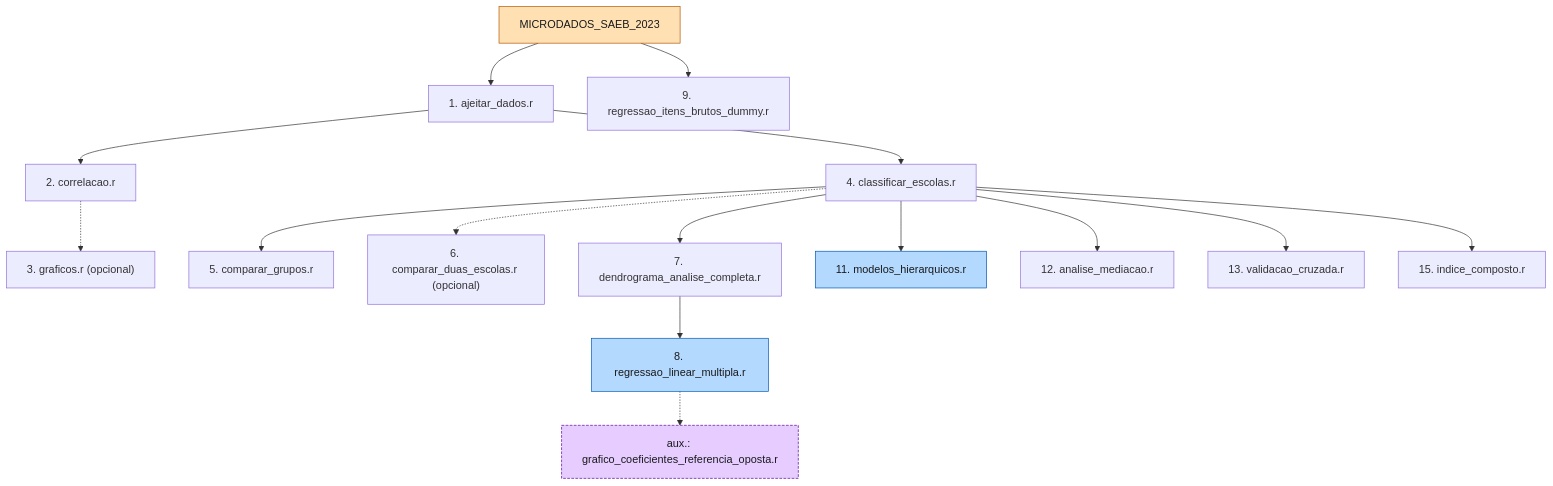
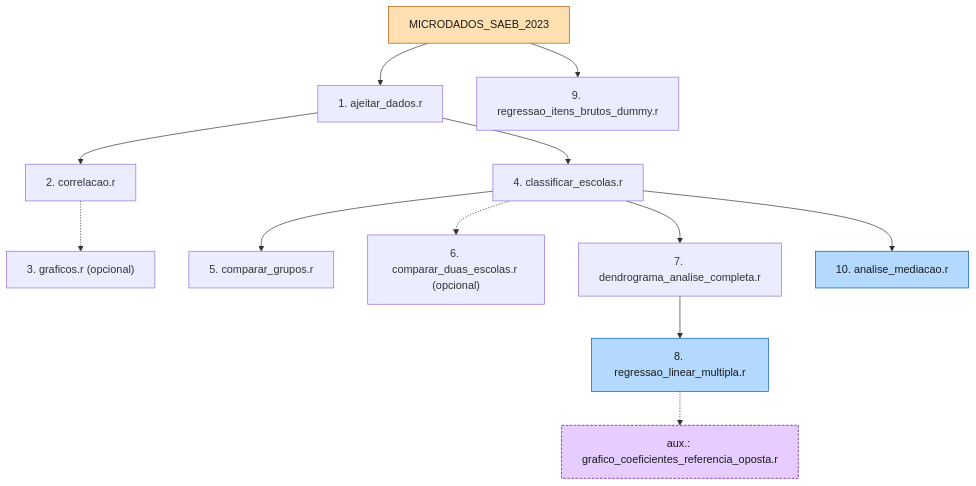
The diagram in README.md (lcaruzo007/tcc), drawn with Mermaid before and after one commit. The commit also changed other lines of this file and 32 other files, not shown here.

````diff
--- a/README.md
+++ b/README.md
@@ -170,26 +177,23 @@
 ```mermaid
 graph TD
     D["MICRODADOS_SAEB_2023"] --> P1["1. ajeitar_dados.r"]
     P1 --> P2["2. correlacao.r"]
     P2 -.-> P3["3. graficos.r (opcional)"]
     P1 --> P4["4. classificar_escolas.r"]
     P4 --> P5["5. comparar_grupos.r"]
     P4 -.-> P6["6. comparar_duas_escolas.r (opcional)"]
     P4 --> P7["7. dendrograma_analise_completa.r"]
     P7 --> P8["8. regressao_linear_multipla.r"]
     D --> P9["9. regressao_itens_brutos_dummy.r"]
-    P4 --> P11["11. modelos_hierarquicos.r"]
-    P4 --> P12["12. analise_mediacao.r"]
-    P4 --> P13["13. validacao_cruzada.r"]
-    P4 --> P15["15. indice_composto.r"]
+    P4 --> P10["10. analise_mediacao.r"]
     P8 -.-> AUX["aux.: grafico_coeficientes_referencia_oposta.r"]
 
     classDef origem fill:#ffe0b3,stroke:#b35900,color:#1a1a1a
     classDef destaque fill:#b3d9ff,stroke:#0059b3,color:#1a1a1a
     classDef auxiliar fill:#e6ccff,stroke:#5c0099,stroke-dasharray: 4 2,color:#1a1a1a
 
     class D origem
     class P8 destaque
-    class P11 destaque
+    class P10 destaque
     class AUX auxiliar
 ```
````
